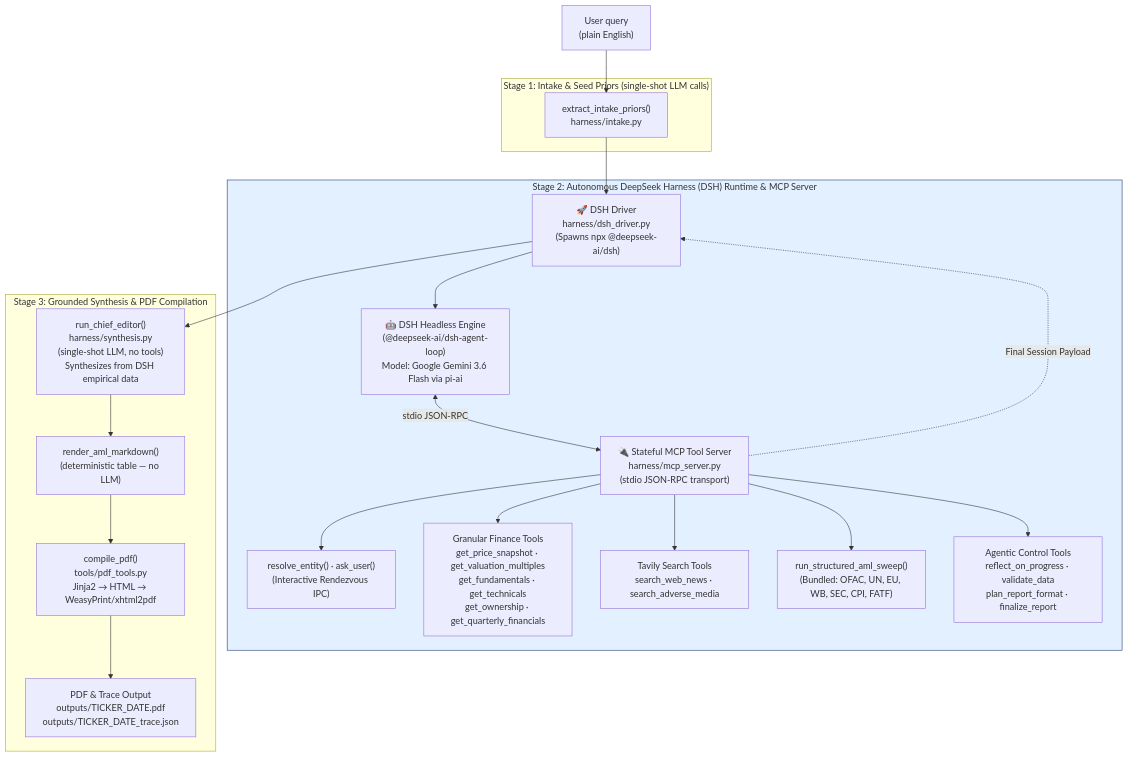
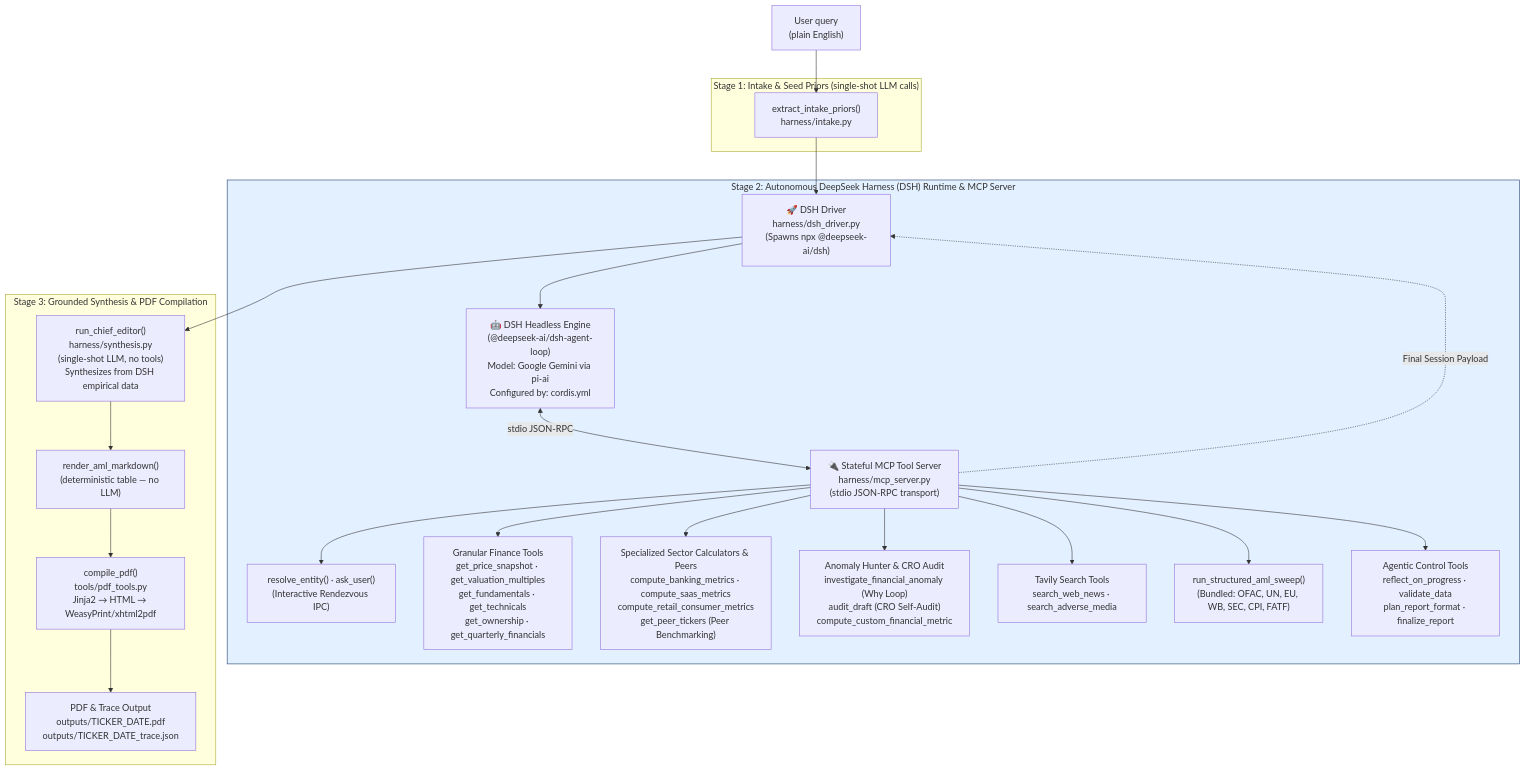
The diagram in ARCHITECTURE.md (anived19/dsh-agentic-reportGenerator), drawn with Mermaid before and after one commit. The commit also changed other lines of this file and 21 other files, not shown here.

````diff
--- a/ARCHITECTURE.md
+++ b/ARCHITECTURE.md
@@ -18,41 +18,43 @@
 ```mermaid
 flowchart TD
     A["User query\n(plain English)"] --> B
 
     subgraph Intake["Stage 1: Intake & Seed Priors (single-shot LLM calls)"]
         B["extract_intake_priors()\nharness/intake.py"]
     end
 
     B --> DSHDriver
 
     subgraph Stage2["Stage 2: Autonomous DeepSeek Harness (DSH) Runtime & MCP Server"]
         DSHDriver["🚀 DSH Driver\nharness/dsh_driver.py\n(Spawns npx @deepseek-ai/dsh)"]
         
-        DSH["🤖 DSH Headless Engine\n(@deepseek-ai/dsh-agent-loop)\nModel: Google Gemini 3.6 Flash via pi-ai"]
+        DSH["🤖 DSH Headless Engine\n(@deepseek-ai/dsh-agent-loop)\nModel: Google Gemini via pi-ai\nConfigured by: cordis.yml"]
         
         MCP["🔌 Stateful MCP Tool Server\nharness/mcp_server.py\n(stdio JSON-RPC transport)"]
         
         T1["resolve_entity() · ask_user()\n(Interactive Rendezvous IPC)"]
         T2["Granular Finance Tools\nget_price_snapshot · get_valuation_multiples\nget_fundamentals · get_technicals\nget_ownership · get_quarterly_financials"]
-        T3["Tavily Search Tools\nsearch_web_news · search_adverse_media"]
-        T4["run_structured_aml_sweep()\n(Bundled: OFAC, UN, EU, WB, SEC, CPI, FATF)"]
-        T5["Agentic Control Tools\nreflect_on_progress · validate_data\nplan_report_format · finalize_report"]
+        T3["Specialized Sector Calculators & Peers\ncompute_banking_metrics · compute_saas_metrics\ncompute_retail_consumer_metrics\nget_peer_tickers (Peer Benchmarking)"]
+        T4["Anomaly Hunter & CRO Audit\ninvestigate_financial_anomaly (Why Loop)\naudit_draft (CRO Self-Audit)\ncompute_custom_financial_metric"]
+        T5["Tavily Search Tools\nsearch_web_news · search_adverse_media"]
+        T6["run_structured_aml_sweep()\n(Bundled: OFAC, UN, EU, WB, SEC, CPI, FATF)"]
+        T7["Agentic Control Tools\nreflect_on_progress · validate_data\nplan_report_format · finalize_report"]
 
         DSHDriver --> DSH
         DSH <-->|stdio JSON-RPC| MCP
-        MCP --> T1 & T2 & T3 & T4 & T5
+        MCP --> T1 & T2 & T3 & T4 & T5 & T6 & T7
         MCP -.->|Final Session Payload| DSHDriver
     end
 
     DSHDriver --> F
 
     subgraph Synthesis["Stage 3: Grounded Synthesis & PDF Compilation"]
         F["run_chief_editor()\nharness/synthesis.py\n(single-shot LLM, no tools)\nSynthesizes from DSH empirical data"]
         H["render_aml_markdown()\n(deterministic table — no LLM)"]
         I["compile_pdf()\ntools/pdf_tools.py\nJinja2 → HTML → WeasyPrint/xhtml2pdf"]
         F --> H --> I
         I --> J["PDF & Trace Output\noutputs/TICKER_DATE.pdf\noutputs/TICKER_DATE_trace.json"]
     end
 
     style Stage2 fill:#e3f0ff,stroke:#1a3c6e
 ```
````
